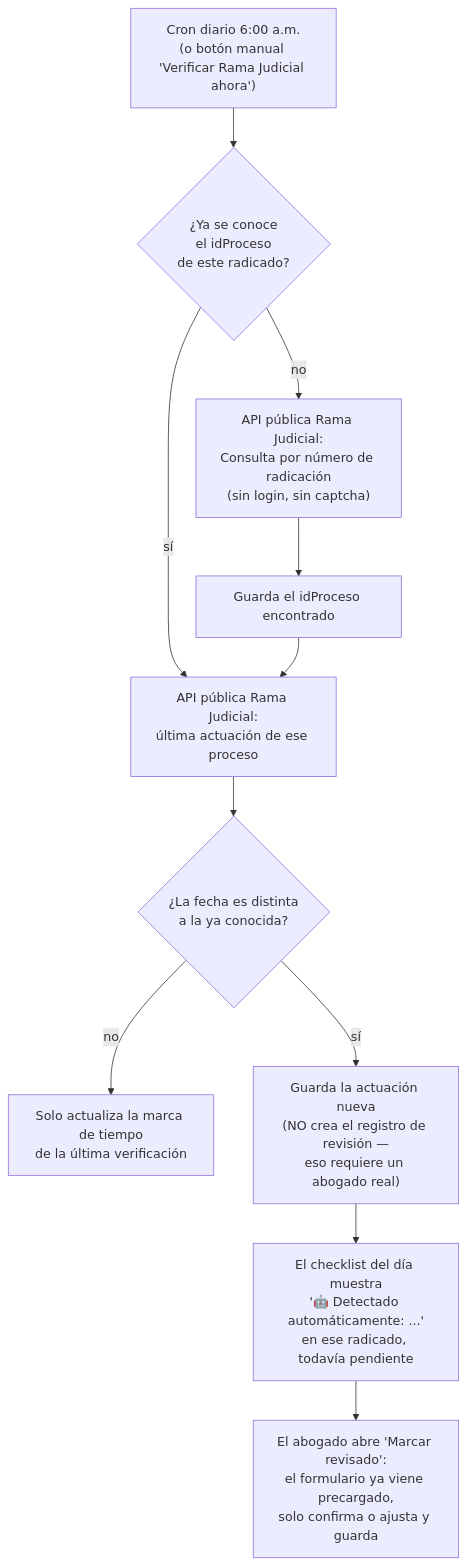
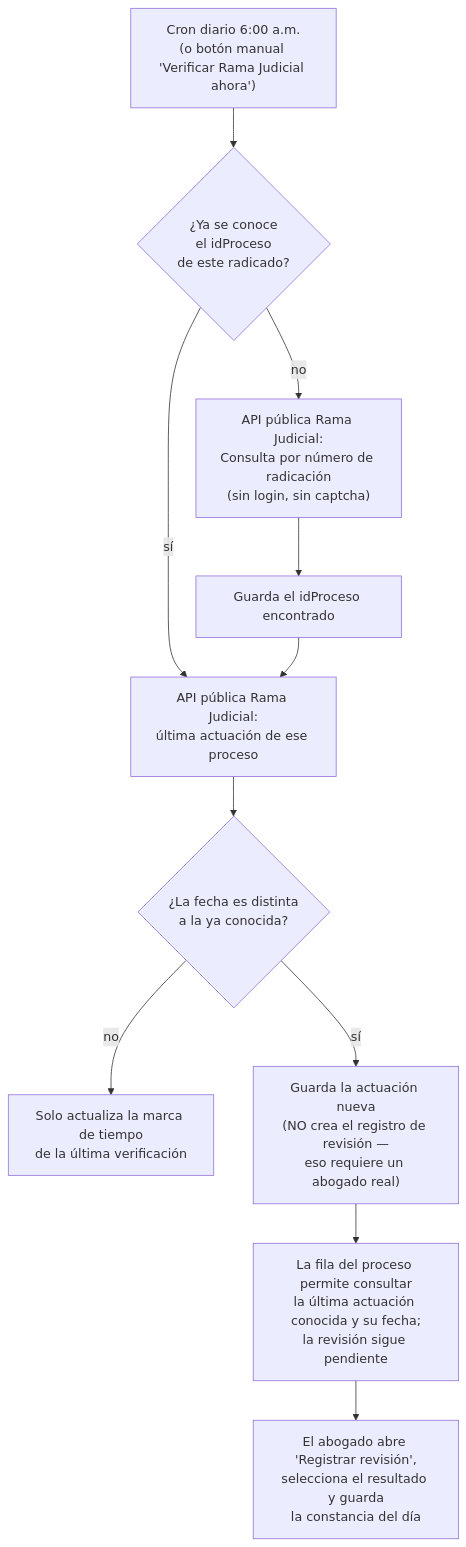
One commit to KoopStrategicAdvisory/back changed the eighth of 8 diagrams in README.md. Above: the diagram before and after it, drawn with Mermaid. The commit also changed other lines of this file and 16 other files, not shown here.

````diff
--- a/README.md
+++ b/README.md
@@ -190,13 +209,13 @@
 ```mermaid
 flowchart TD
     Cron["Cron diario 6:00 a.m.<br/>(o botón manual 'Verificar Rama Judicial ahora')"] --> Buscar{"¿Ya se conoce<br/>el idProceso<br/>de este radicado?"}
     Buscar -->|no| API1["API pública Rama Judicial:<br/>Consulta por número de radicación<br/>(sin login, sin captcha)"]
     API1 --> Cache[Guarda el idProceso encontrado]
     Buscar -->|sí| API2
     Cache --> API2["API pública Rama Judicial:<br/>última actuación de ese proceso"]
     API2 --> Compara{"¿La fecha es distinta<br/>a la ya conocida?"}
     Compara -->|no| Fin[Solo actualiza la marca de tiempo<br/>de la última verificación]
     Compara -->|sí| Marca["Guarda la actuación nueva<br/>(NO crea el registro de revisión —<br/>eso requiere un abogado real)"]
-    Marca --> Checklist["El checklist del día muestra<br/>'🤖 Detectado automáticamente: ...'<br/>en ese radicado, todavía pendiente"]
-    Checklist --> Humano["El abogado abre 'Marcar revisado':<br/>el formulario ya viene precargado,<br/>solo confirma o ajusta y guarda"]
+    Marca --> Checklist["La fila del proceso permite consultar<br/>la última actuación conocida y su fecha;<br/>la revisión sigue pendiente"]
+    Checklist --> Humano["El abogado abre 'Registrar revisión',<br/>selecciona el resultado y guarda<br/>la constancia del día"]
 ```
````
